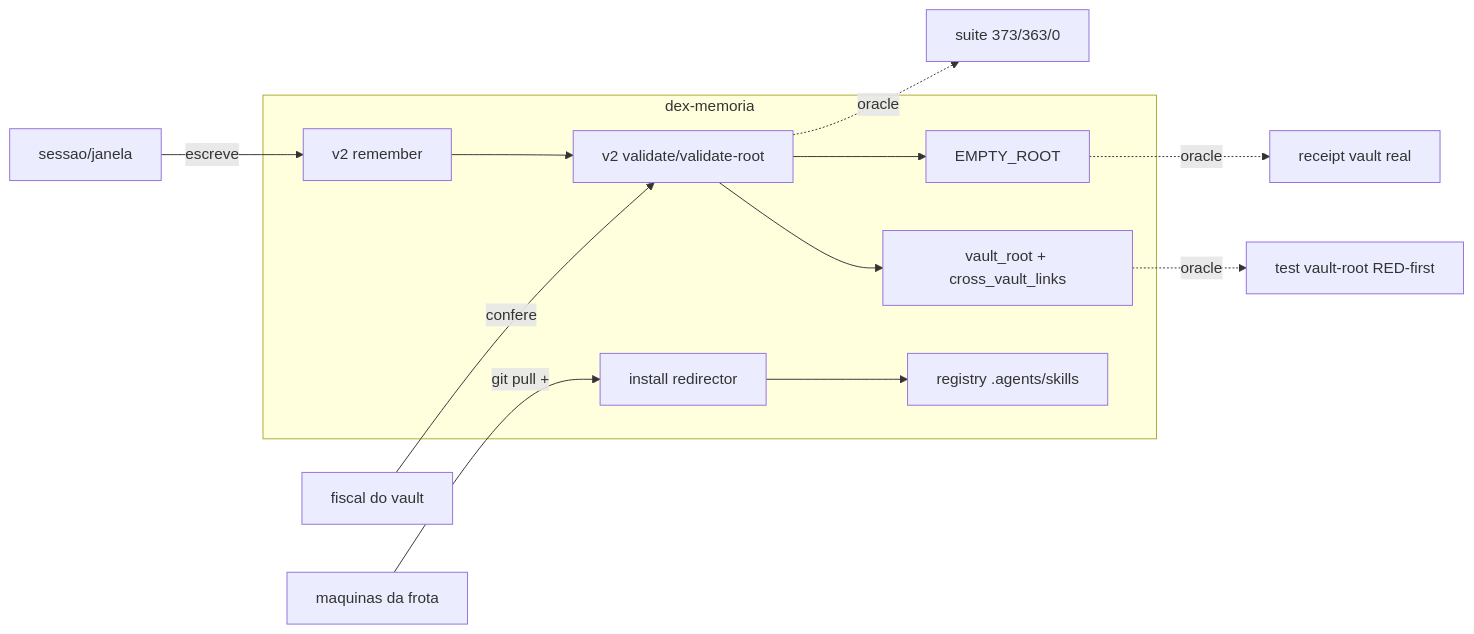
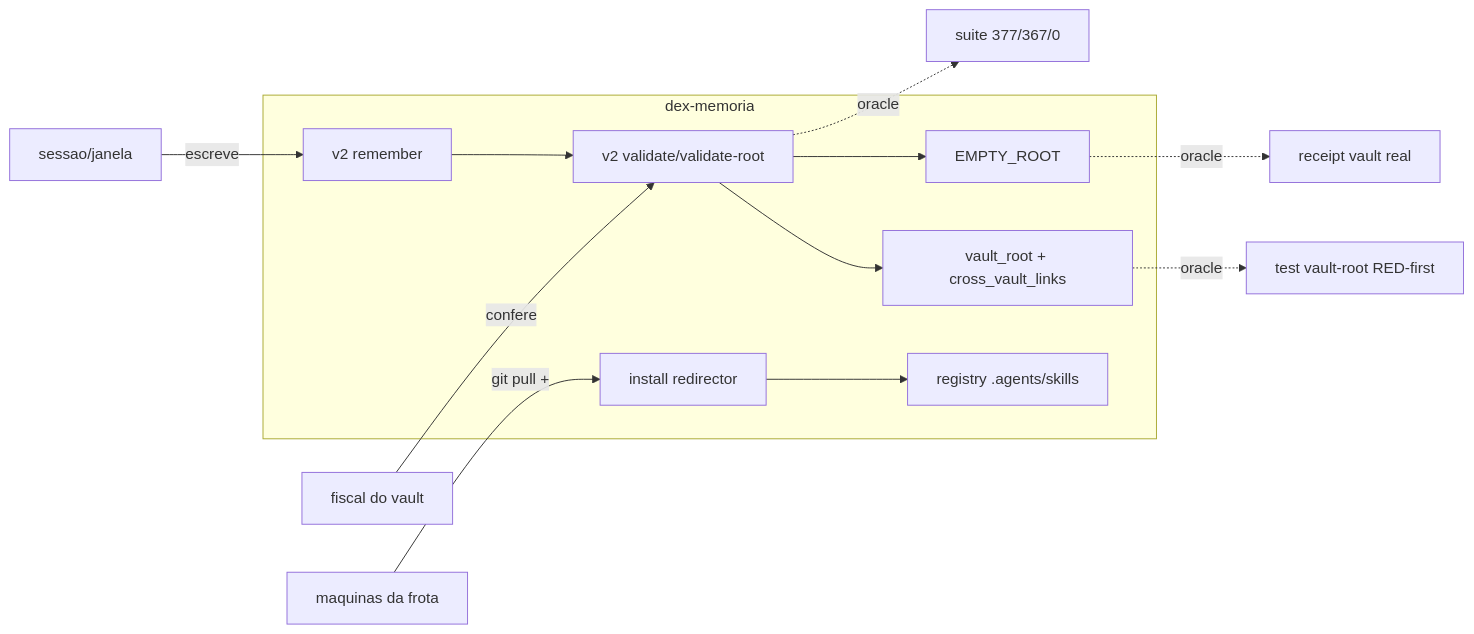
Before and after one commit to dex-agent/dex-memoria: the diagram in CAPACITY.md, drawn with Mermaid. The commit also changed other lines of this file and 9 other files, not shown here.

````diff
--- a/CAPACITY.md
+++ b/CAPACITY.md
@@ -39,15 +40,15 @@
 ```mermaid
 flowchart LR
   subgraph pacote[dex-memoria]
     REM[v2 remember] --> VAL[v2 validate/validate-root]
     VAL --> VR[vault_root + cross_vault_links]
     VAL --> ER[EMPTY_ROOT]
     INS[install redirector] --> REG[registry .agents/skills]
   end
   SESS[sessao/janela] -->|escreve| REM
   FISC[fiscal do vault] -->|confere| VAL
   FROTA[maquinas da frota] -->|git pull +| INS
-  VAL -.->|oracle| TEST[suite 373/363/0]
+  VAL -.->|oracle| TEST[suite 377/367/0]
   VR -.->|oracle| VRT[test vault-root RED-first]
   ER -.->|oracle| REAL[receipt vault real]
 ```
````
